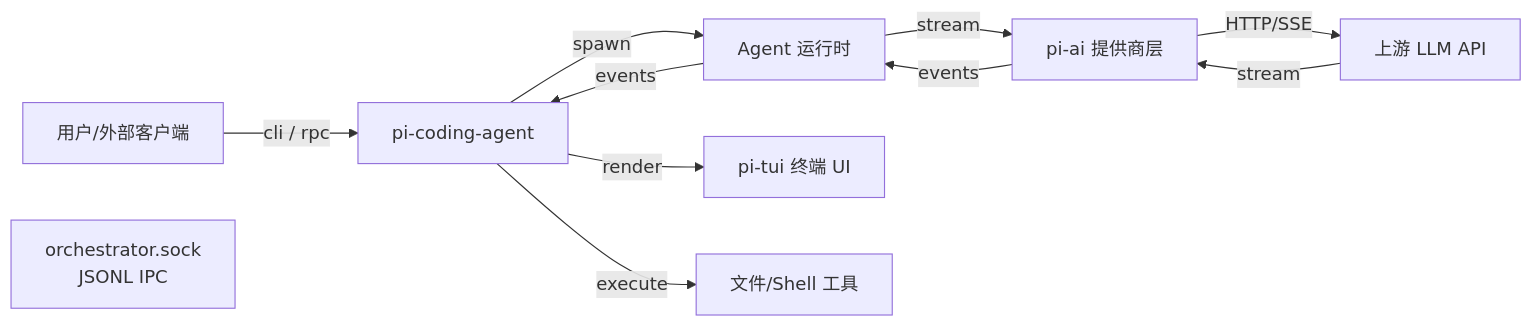
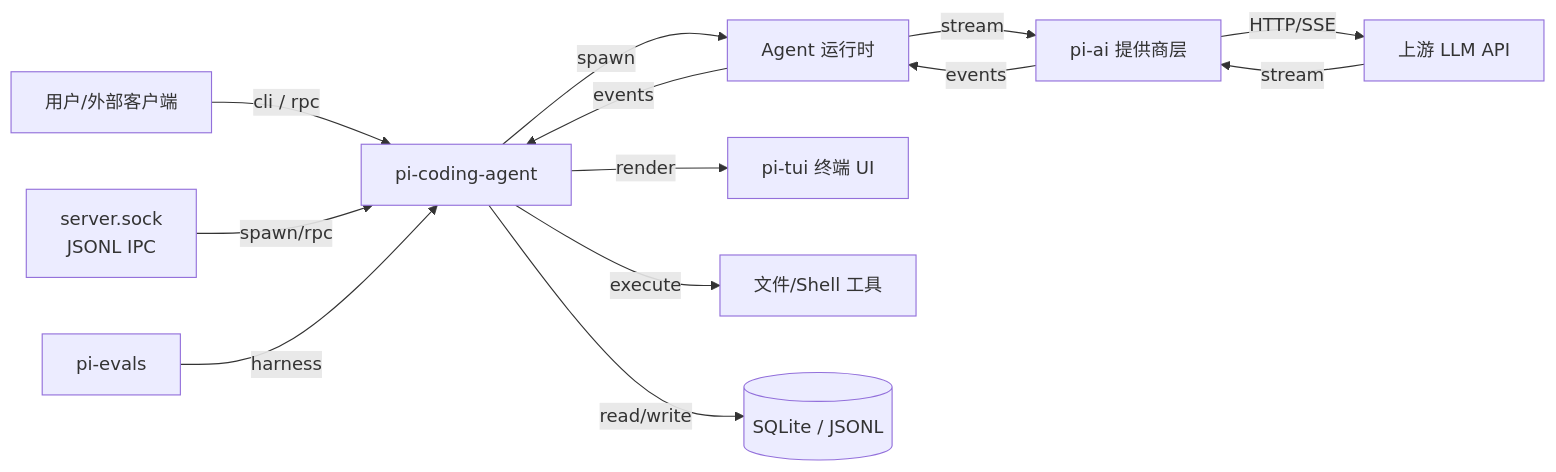
The first of 7 diagrams in docs/architecture.md (jefby/pi), drawn with Mermaid before and after one commit. The commit also changed other lines of this file, not shown here.

Commit message:
docs: update architecture.md to reflect current package structure

````diff
--- a/docs/architecture.md
+++ b/docs/architecture.md
@@ -36,21 +45,26 @@
 ```mermaid
 flowchart LR
     User[用户/外部客户端]
-    Orchestrator[orchestrator.sock<br/>JSONL IPC]
+    Server[server.sock<br/>JSONL IPC]
     CodingAgent[pi-coding-agent]
     Agent[Agent 运行时]
     AI[pi-ai 提供商层]
     LLM[上游 LLM API]
     TUI[pi-tui 终端 UI]
     Tools[文件/Shell 工具]
+    Evals[pi-evals]
+    Storage[(SQLite / JSONL)]
 
     User -->|cli / rpc| CodingAgent
+    Server -->|spawn/rpc| CodingAgent
     CodingAgent -->|spawn| Agent
     Agent -->|stream| AI
     AI -->|HTTP/SSE| LLM
     LLM -->|stream| AI
     AI -->|events| Agent
     Agent -->|events| CodingAgent
     CodingAgent -->|render| TUI
     CodingAgent -->|execute| Tools
+    CodingAgent -->|read/write| Storage
+    Evals -->|harness| CodingAgent
 ```
````
